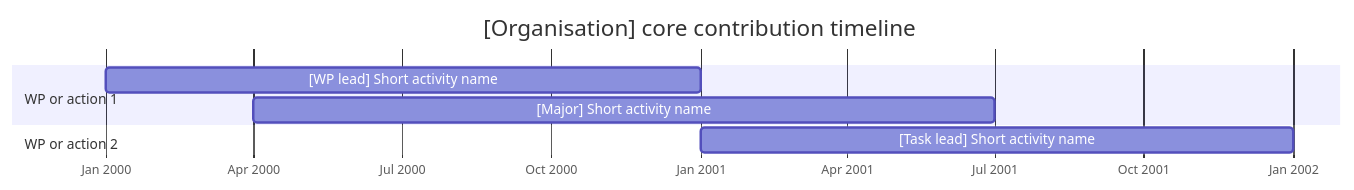
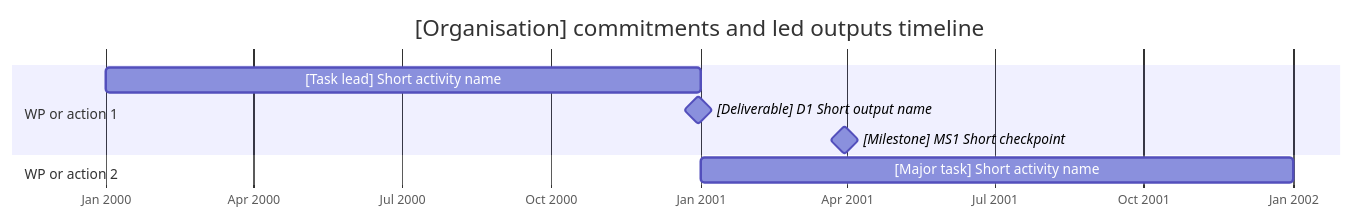
One commit to agmangas/agent-skills changed the second of 2 diagrams in skills/eu-proposal-organisation-assessment/references/report-template.md. Above: the diagram before and after it, drawn with Mermaid. The commit also changed other lines of this file and 2 other files, not shown here.

Commit message:
✨ Expand EU Proposal Timeline Reporting

````diff
--- a/skills/eu-proposal-organisation-assessment/references/report-template.md
+++ b/skills/eu-proposal-organisation-assessment/references/report-template.md
@@ -115,13 +130,14 @@
 ```mermaid
 gantt
-    title [Organisation] core contribution timeline
+    title [Organisation] commitments and led outputs timeline
     dateFormat YYYY-MM-DD
     axisFormat %b %Y
 
     section WP or action 1
-    [WP lead] Short activity name :task1, 2000-01-01, 2001-01-01
-    [Major] Short activity name   :task2, 2000-04-01, 2001-07-01
+    [Task lead] Short activity name      :task1, 2000-01-01, 2001-01-01
+    [Deliverable] D1 Short output name   :milestone, deliv1, 2000-12-31, 0d
+    [Milestone] MS1 Short checkpoint     :milestone, mile1, 2001-03-31, 0d
 
     section WP or action 2
-    [Task lead] Short activity name :task3, 2001-01-01, 2002-01-01
+    [Major task] Short activity name :task2, 2001-01-01, 2002-01-01
 ```
````
